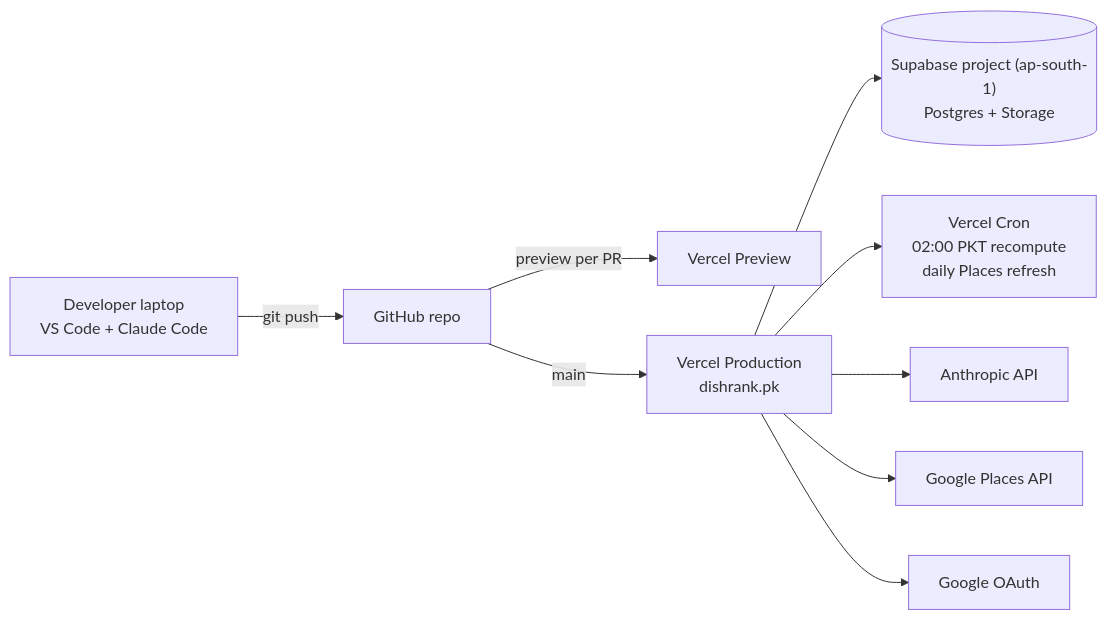
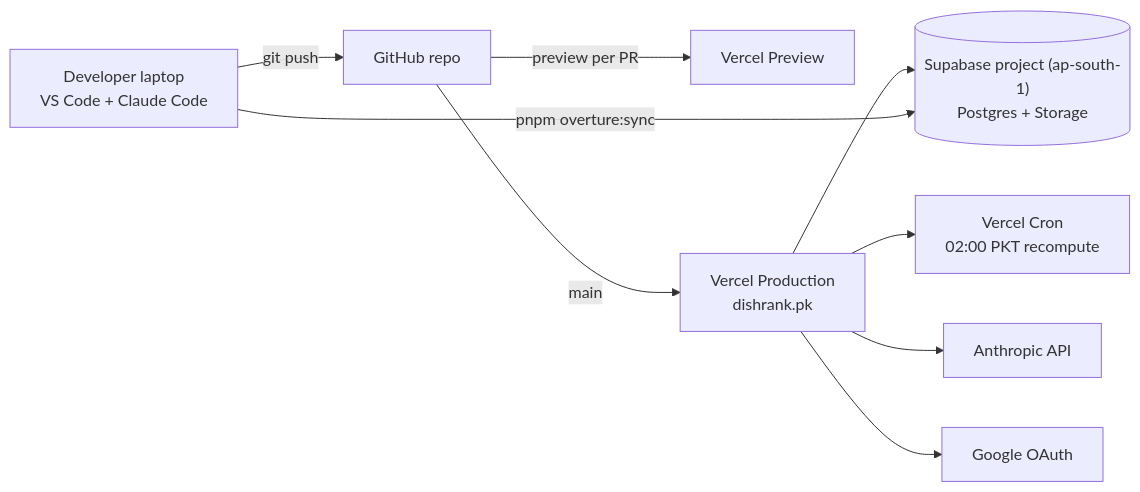
Before and after one commit to JawadSarfraz/dishrank: the eighth of 8 diagrams in docs/02-ARCHITECTURE.md, drawn with Mermaid. The commit also changed other lines of this file and 19 other files, not shown here.

````diff
--- a/docs/02-ARCHITECTURE.md
+++ b/docs/02-ARCHITECTURE.md
@@ -161,11 +163,11 @@
 ```mermaid
 flowchart LR
   Dev["Developer laptop<br/>VS Code + Claude Code"] -->|git push| GH["GitHub repo"]
   GH -->|preview per PR| VP["Vercel Preview"]
   GH -->|main| VProd["Vercel Production<br/>dishrank.pk"]
   VProd --> SB[("Supabase project (ap-south-1)<br/>Postgres + Storage")]
-  VProd --> Cron["Vercel Cron<br/>02:00 PKT recompute<br/>daily Places refresh"]
+  VProd --> Cron["Vercel Cron<br/>02:00 PKT recompute"]
   VProd --> Ant["Anthropic API"]
-  VProd --> GP["Google Places API"]
   VProd --> GO["Google OAuth"]
+  Dev -->|pnpm overture:sync| SB
 ```
````
